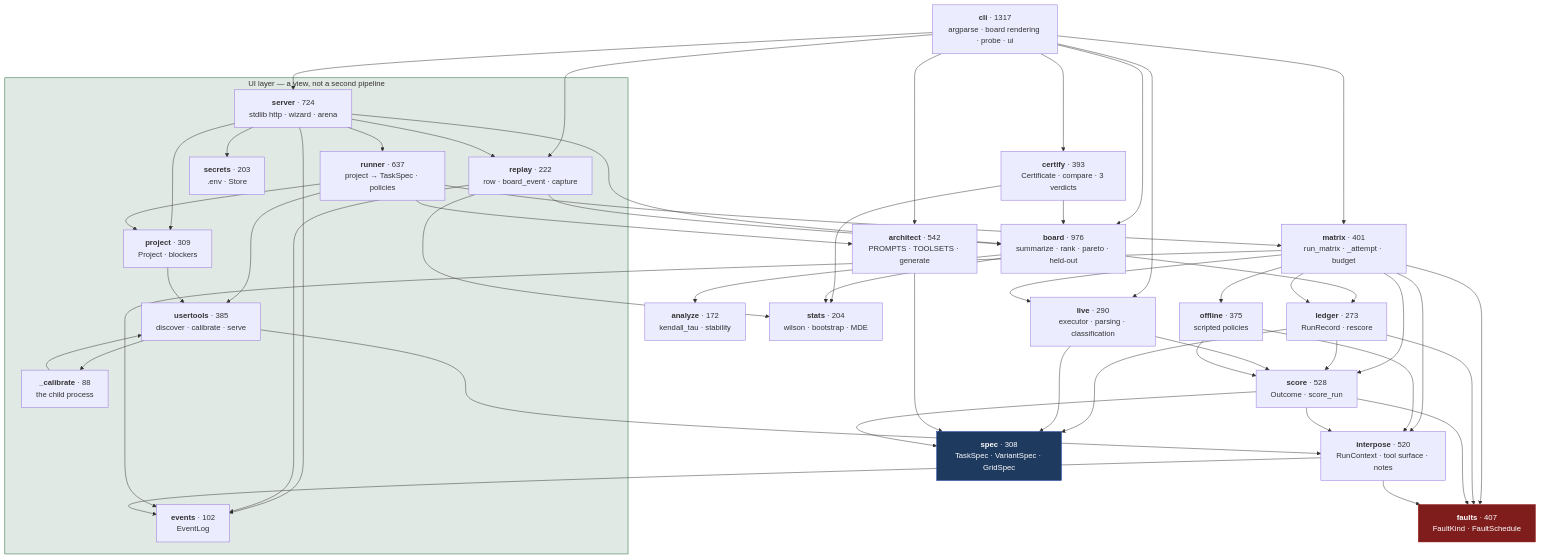
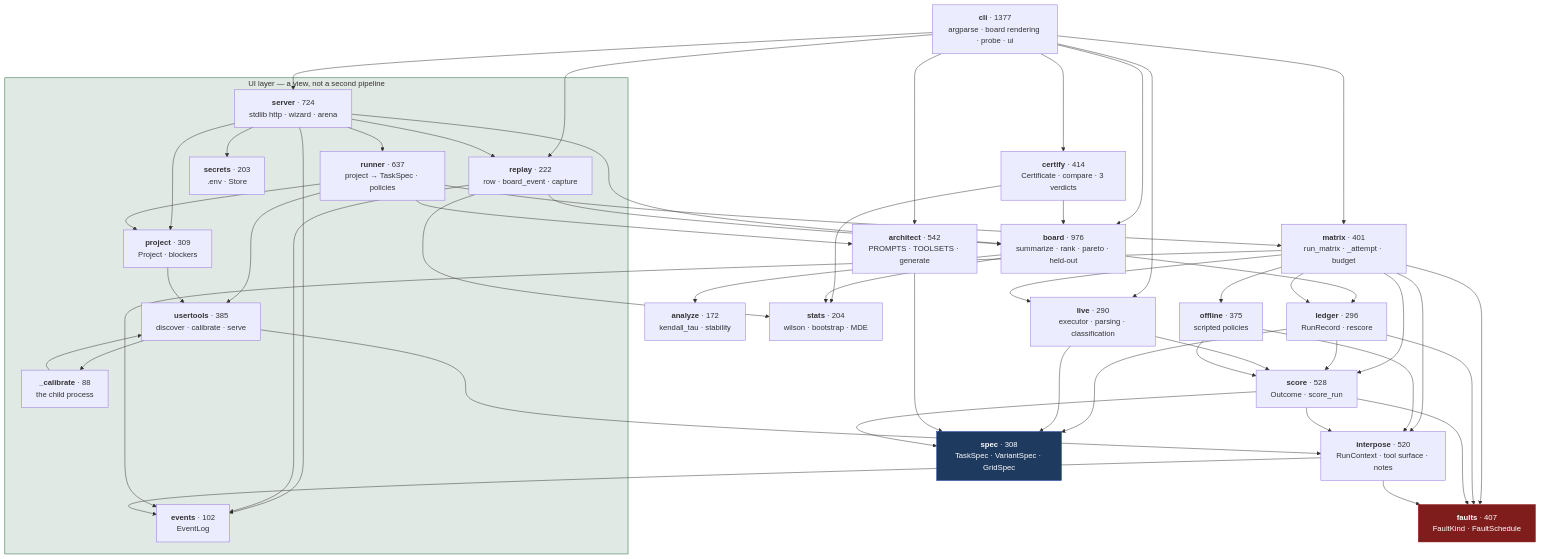
One commit to Mehul-Gupta-SMH/agent-gauntlet changed the first of 4 diagrams in docs/architecture/lld.md. Above: the diagram before and after it, drawn with Mermaid. The commit also changed other lines of this file and 6 other files, not shown here.

````diff
--- a/docs/architecture/lld.md
+++ b/docs/architecture/lld.md
@@ -9,49 +9,49 @@
 ```mermaid
 flowchart TD
     subgraph ui["UI layer — a view, not a second pipeline"]
         SERVER["<b>server</b> · 724<br/>stdlib http · wizard · arena"]
         RUNNER["<b>runner</b> · 637<br/>project → TaskSpec · policies"]
         USERT["<b>usertools</b> · 385<br/>discover · calibrate · serve"]
         PROJECT["<b>project</b> · 309<br/>Project · blockers"]
         SECRETS["<b>secrets</b> · 203<br/>.env · Store"]
         CALIB["<b>_calibrate</b> · 88<br/>the child process"]
         EVENTS["<b>events</b> · 102<br/>EventLog"]
         REPLAY["<b>replay</b> · 222<br/>row · board_event · capture"]
     end
 
-    CLI["<b>cli</b> · 1317<br/>argparse · board rendering · probe · ui"]
+    CLI["<b>cli</b> · 1377<br/>argparse · board rendering · probe · ui"]
     BOARD["<b>board</b> · 976<br/>summarize · rank · pareto · held-out"]
     ARCH["<b>architect</b> · 542<br/>PROMPTS · TOOLSETS · generate"]
     SCORE["<b>score</b> · 528<br/>Outcome · score_run"]
     INTER["<b>interpose</b> · 520<br/>RunContext · tool surface · notes"]
     OFFLINE["<b>offline</b> · 375<br/>scripted policies"]
     MATRIX["<b>matrix</b> · 401<br/>run_matrix · _attempt · budget"]
     FAULTS["<b>faults</b> · 407<br/>FaultKind · FaultSchedule"]
     SPEC["<b>spec</b> · 308<br/>TaskSpec · VariantSpec · GridSpec"]
     LIVE["<b>live</b> · 290<br/>executor · parsing · classification"]
-    LEDGER["<b>ledger</b> · 273<br/>RunRecord · rescore"]
+    LEDGER["<b>ledger</b> · 296<br/>RunRecord · rescore"]
     ANALYZE["<b>analyze</b> · 172<br/>kendall_tau · stability"]
-    CERT["<b>certify</b> · 393<br/>Certificate · compare · 3 verdicts"]
+    CERT["<b>certify</b> · 414<br/>Certificate · compare · 3 verdicts"]
     STATS["<b>stats</b> · 204<br/>wilson · bootstrap · MDE"]
 
     CLI --> BOARD & MATRIX & ARCH & LIVE & SERVER & CERT & REPLAY
     CERT --> BOARD & STATS
     SERVER --> PROJECT & RUNNER & SECRETS & EVENTS & BOARD & REPLAY
     REPLAY --> BOARD & EVENTS & STATS
     RUNNER --> MATRIX & USERT & PROJECT & ARCH
     PROJECT --> USERT
     USERT --> INTER & CALIB
     CALIB --> USERT
     BOARD --> LEDGER & ANALYZE & STATS
     MATRIX --> LEDGER & SCORE & LIVE & OFFLINE & INTER & FAULTS & EVENTS
     LEDGER --> SCORE & FAULTS & SPEC
     LIVE --> SCORE & SPEC
     OFFLINE --> INTER & SCORE
     ARCH --> SPEC
     SCORE --> INTER & FAULTS & SPEC
     INTER --> FAULTS & EVENTS
 
     style SPEC fill:#1e3a5f,stroke:#1e40af,color:#fff
     style FAULTS fill:#7f1d1d,stroke:#991b1b,color:#fff
     style ui fill:#14532d20,stroke:#166534
 ```
````
